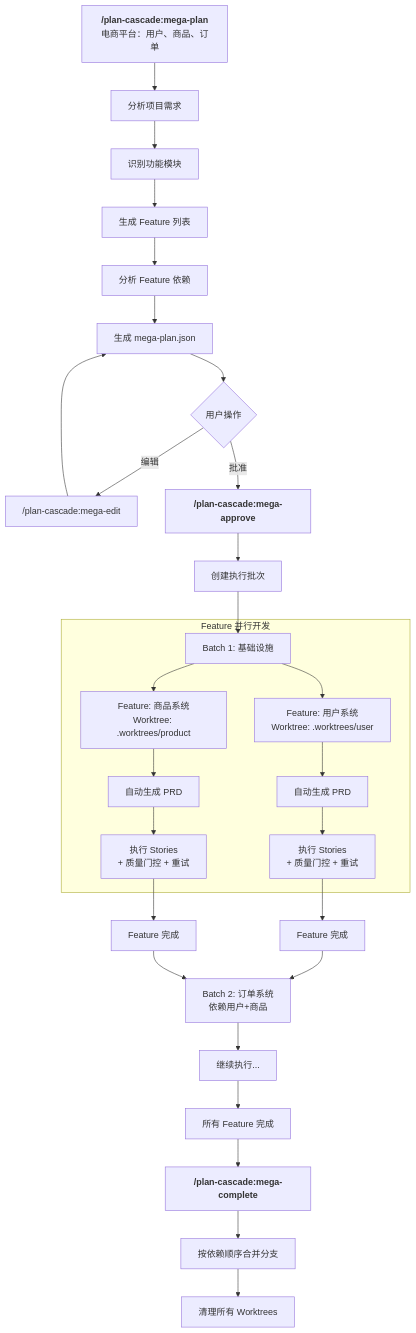
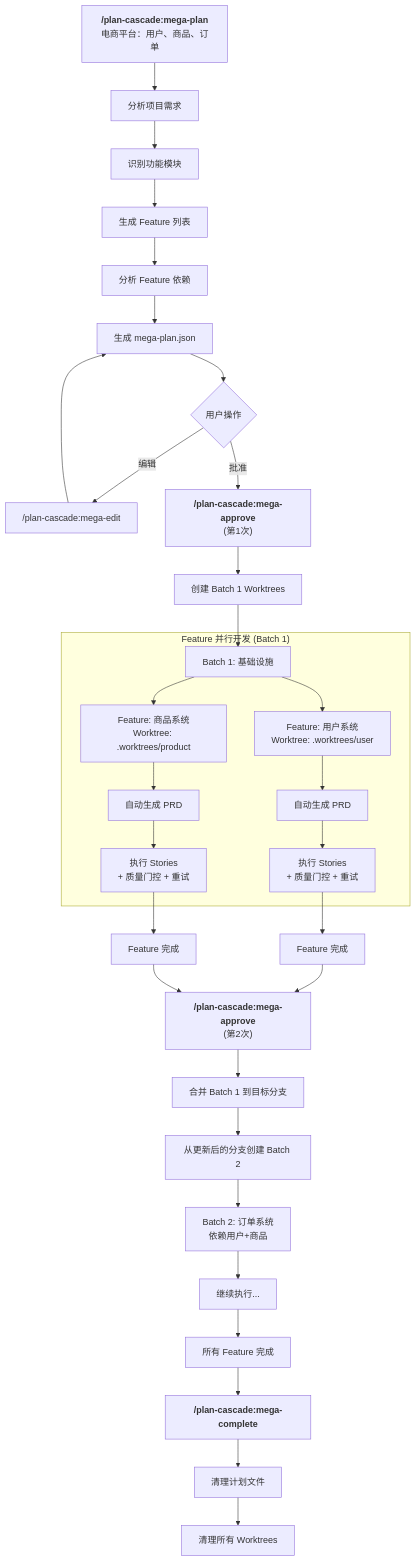
One commit to Taoidle/plan-cascade changed the fourth of 8 diagrams in README.md. Above: the diagram before and after it, drawn with Mermaid. The commit also changed other lines of this file and 7 other files, not shown here.

````diff
--- a/README.md
+++ b/README.md
@@ -218,39 +240,42 @@
 ```mermaid
 flowchart TD
     A["<b>/plan-cascade:mega-plan</b><br/>电商平台：用户、商品、订单"] --> B[分析项目需求]
     B --> C[识别功能模块]
     C --> D[生成 Feature 列表]
     D --> E[分析 Feature 依赖]
     E --> F[生成 mega-plan.json]
 
     F --> G{用户操作}
     G -->|编辑| H["/plan-cascade:mega-edit"]
     H --> F
-    G -->|批准| I["<b>/plan-cascade:mega-approve</b>"]
+    G -->|批准| I["<b>/plan-cascade:mega-approve</b><br/>(第1次)"]
 
-    I --> J[创建执行批次]
+    I --> J[创建 Batch 1 Worktrees]
     J --> K[Batch 1: 基础设施]
 
-    subgraph "Feature 并行开发"
+    subgraph "Feature 并行开发 (Batch 1)"
         K --> L1["Feature: 用户系统<br/>Worktree: .worktrees/user"]
         K --> L2["Feature: 商品系统<br/>Worktree: .worktrees/product"]
 
         L1 --> M1[自动生成 PRD]
         L2 --> M2[自动生成 PRD]
 
         M1 --> N1[执行 Stories<br/>+ 质量门控 + 重试]
         M2 --> N2[执行 Stories<br/>+ 质量门控 + 重试]
     end
 
     N1 --> O1[Feature 完成]
     N2 --> O2[Feature 完成]
 
-    O1 --> P[Batch 2: 订单系统<br/>依赖用户+商品]
+    O1 --> P["<b>/plan-cascade:mega-approve</b><br/>(第2次)"]
     O2 --> P
+    P --> P1[合并 Batch 1 到目标分支]
+    P1 --> P2[从更新后的分支创建 Batch 2]
+    P2 --> Q[Batch 2: 订单系统<br/>依赖用户+商品]
 
-    P --> Q[继续执行...]
-    Q --> R[所有 Feature 完成]
-    R --> S["<b>/plan-cascade:mega-complete</b>"]
-    S --> T[按依赖顺序合并分支]
-    T --> U[清理所有 Worktrees]
+    Q --> R[继续执行...]
+    R --> S[所有 Feature 完成]
+    S --> T["<b>/plan-cascade:mega-complete</b>"]
+    T --> U[清理计划文件]
+    U --> V[清理所有 Worktrees]
 ```
````
